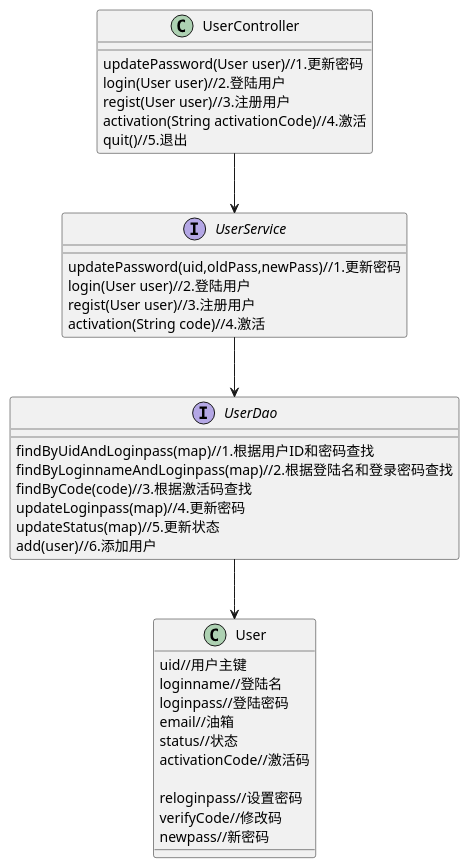
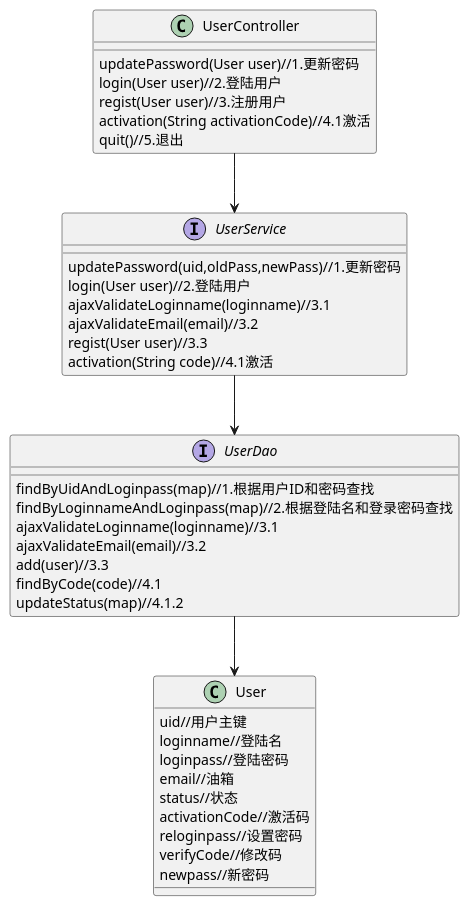
The diagram in src/main/resources/uml/用户服务模块.puml (king2727/yosebook), drawn with PlantUML before and after one commit. The commit also changed 17 other files, not shown here.

```diff
--- a/src/main/resources/uml/用户服务模块.puml
+++ b/src/main/resources/uml/用户服务模块.puml
@@ -1,42 +1,41 @@
 @startuml
 
 class UserController {
     updatePassword(User user)//1.更新密码
     login(User user)//2.登陆用户
     regist(User user)//3.注册用户
-    activation(String activationCode)//4.激活
+    activation(String activationCode)//4.1激活
     quit()//5.退出
 }
-
+UserController --> UserService
 interface UserService{
 	updatePassword(uid,oldPass,newPass)//1.更新密码
 	login(User user)//2.登陆用户
-	regist(User user)//3.注册用户
-	activation(String code)//4.激活
+	ajaxValidateLoginname(loginname)//3.1
+	ajaxValidateEmail(email)//3.2
+	regist(User user)//3.3
+	activation(String code)//4.1激活
 }
-
-UserController --> UserService
 UserService --> UserDao
-
 interface UserDao {
 	findByUidAndLoginpass(map)//1.根据用户ID和密码查找
 	findByLoginnameAndLoginpass(map)//2.根据登陆名和登录密码查找
-	findByCode(code)//3.根据激活码查找
-	updateLoginpass(map)//4.更新密码
-	updateStatus(map)//5.更新状态
-	add(user)//6.添加用户
+	ajaxValidateLoginname(loginname)//3.1
+	ajaxValidateEmail(email)//3.2
+	add(user)//3.3
+	findByCode(code)//4.1
+	updateStatus(map)//4.1.2
 }
 UserDao --> User
 class User{
 	uid//用户主键
 	loginname//登陆名
 	loginpass//登陆密码
 	email//油箱
 	status//状态
 	activationCode//激活码
-
 	reloginpass//设置密码
 	verifyCode//修改码
 	newpass//新密码
 }
 @enduml
```
